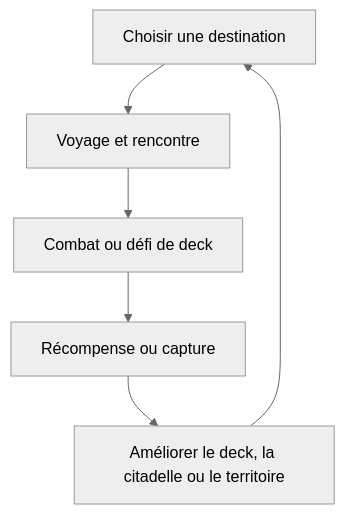
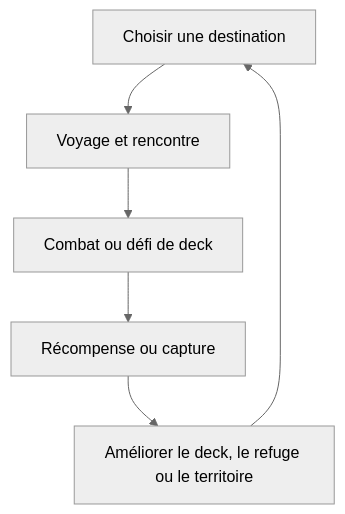
One commit to jeremy-n-martin/website-fantasiafauna-com changed the diagram in spec.md. Above: the diagram before and after it, drawn with Mermaid (neutral theme). The commit also changed other lines of this file and 12 other files, not shown here.

````diff
--- a/spec.md
+++ b/spec.md
@@ -160,8 +160,8 @@
 ```mermaid
 flowchart TD
     A["Choisir une destination"] --> B["Voyage et rencontre"]
     B --> C["Combat ou défi de deck"]
     C --> D["Récompense ou capture"]
-    D --> E["Améliorer le deck, la citadelle ou le territoire"]
+    D --> E["Améliorer le deck, le refuge ou le territoire"]
     E --> A
 ```
````
